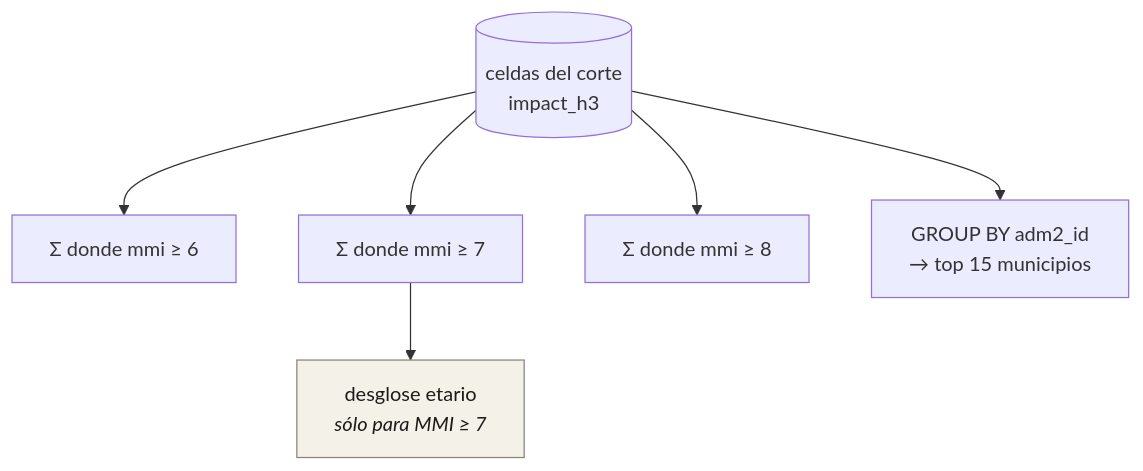
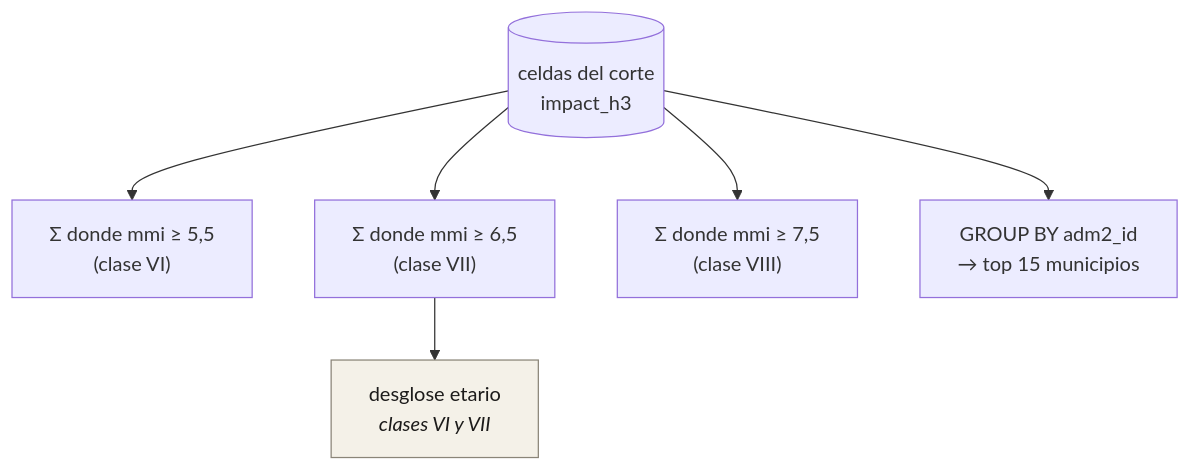
One commit to sforero77/CENTINELA changed the third of 3 diagrams in docs/datos/agregaciones.md. Above: the diagram before and after it, drawn with Mermaid. The commit also changed other lines of this file and 48 other files, not shown here.

````diff
--- a/docs/datos/agregaciones.md
+++ b/docs/datos/agregaciones.md
@@ -99,10 +99,10 @@
 ```mermaid
 flowchart TB
-  CELDAS[("celdas del corte<br/>impact_h3")] --> B6["Σ donde mmi ≥ 6"]
-  CELDAS --> B7["Σ donde mmi ≥ 7"]
-  CELDAS --> B8["Σ donde mmi ≥ 8"]
+  CELDAS[("celdas del corte<br/>impact_h3")] --> B6["Σ donde mmi ≥ 5,5<br/>(clase VI)"]
+  CELDAS --> B7["Σ donde mmi ≥ 6,5<br/>(clase VII)"]
+  CELDAS --> B8["Σ donde mmi ≥ 7,5<br/>(clase VIII)"]
   CELDAS --> ADM["GROUP BY adm2_id<br/>→ top 15 municipios"]
-  B7 --> EDAD["desglose etario<br/><i>sólo para MMI ≥ 7</i>"]
+  B7 --> EDAD["desglose etario<br/><i>clases VI y VII</i>"]
 
   style EDAD fill:#f4f1e8,stroke:#8a8578,color:#1c1b1a
 ```
````
